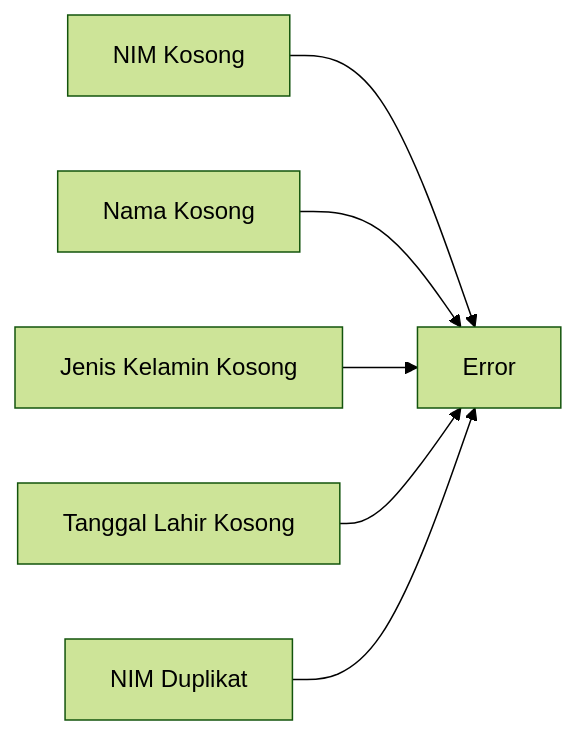
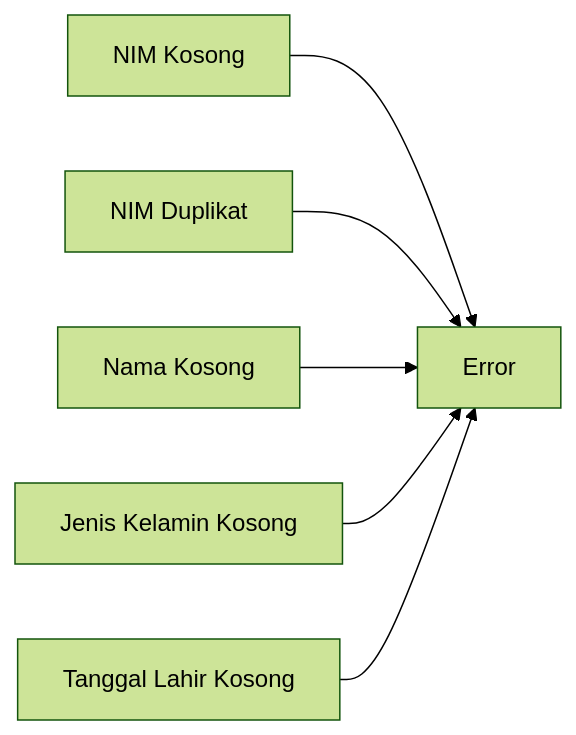
One commit to kiy4h/TP5DPBO2024C2 changed the fifth of 5 diagrams in README.md. Above: the diagram before and after it, drawn with Mermaid (forest theme). The commit also changed other lines of this file, not shown here.

````diff
--- a/README.md
+++ b/README.md
@@ -94,8 +84,8 @@
 ```mermaid
 graph LR
     A[NIM Kosong] --> E[Error]
+    F[NIM Duplikat] --> E
     B[Nama Kosong] --> E
     C[Jenis Kelamin Kosong] --> E
     D[Tanggal Lahir Kosong] --> E
-    F[NIM Duplikat] --> E
 ```
````
